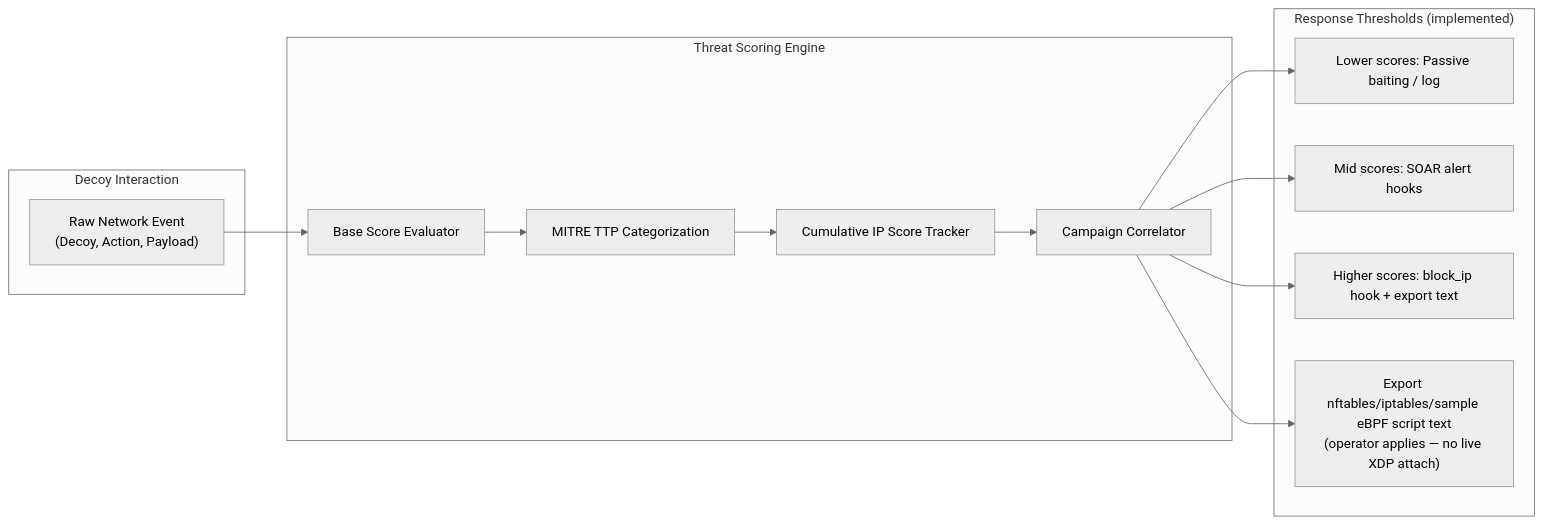
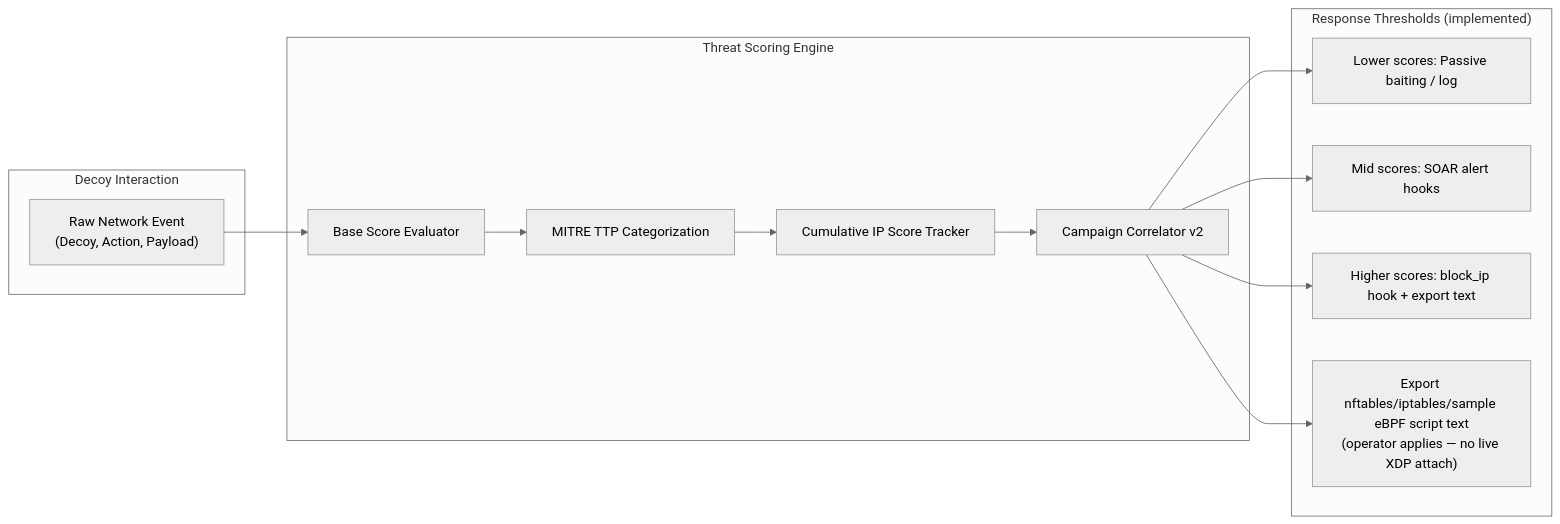
One commit to Haiagari/shinkiro changed the diagram in docs/architecture/threat-scoring.md. Above: the diagram before and after it, drawn with Mermaid (neutral theme). The commit also changed other lines of this file and 24 other files, not shown here.

First line of the commit message:
docs: complete documentation pass post-roadmap (#10–#16) (#17)

````diff
--- a/docs/architecture/threat-scoring.md
+++ b/docs/architecture/threat-scoring.md
@@ -19,30 +23,30 @@
 ```mermaid
 graph LR
     subgraph Ingress ["Decoy Interaction"]
         Ev["Raw Network Event<br/>(Decoy, Action, Payload)"]
     end
 
     subgraph Evaluation ["Threat Scoring Engine"]
         Base["Base Score Evaluator"]
         Mitre["MITRE TTP Categorization"]
         Rep["Cumulative IP Score Tracker"]
-        Corr["Campaign Correlator"]
+        Corr["Campaign Correlator v2"]
         
         Ev --> Base
         Base --> Mitre
         Mitre --> Rep
         Rep --> Corr
     end
 
     subgraph Actions ["Response Thresholds (implemented)"]
         Pass["Lower scores: Passive baiting / log"]
         Review["Mid scores: SOAR alert hooks"]
         Block["Higher scores: block_ip hook + export text"]
         Export["Export nftables/iptables/sample eBPF script text<br/>(operator applies — no live XDP attach)"]
     end
 
     Corr --> Pass
     Corr --> Review
     Corr --> Block
     Corr --> Export
 ```
````
